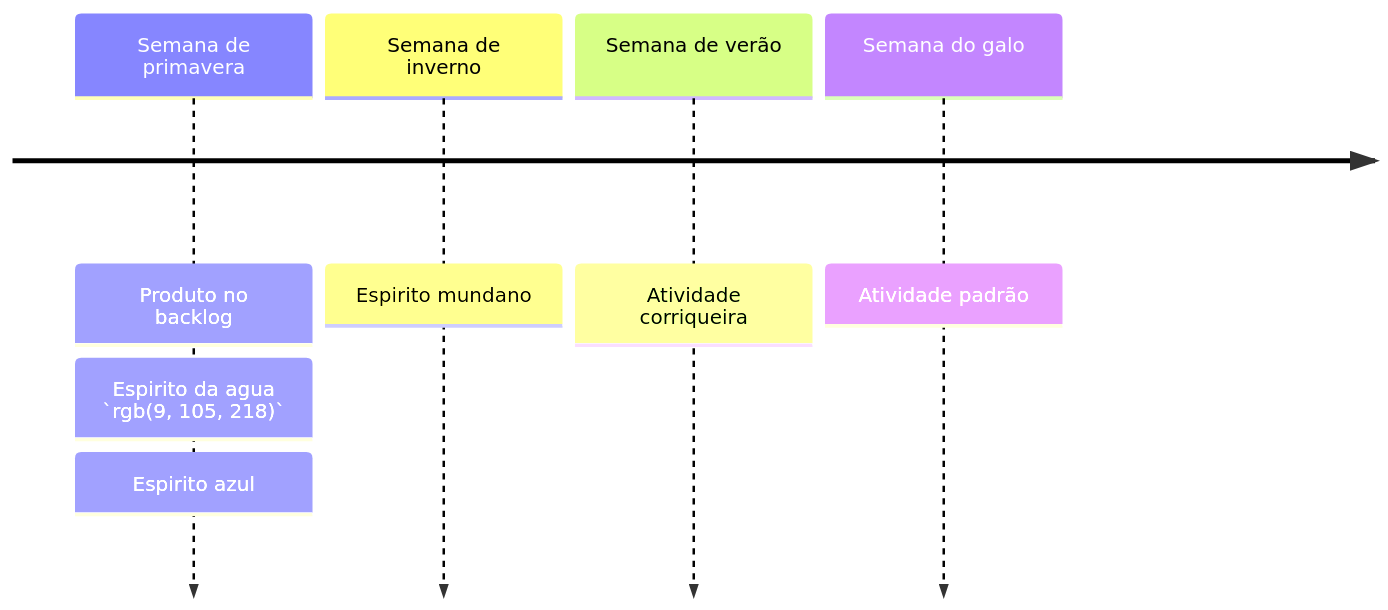
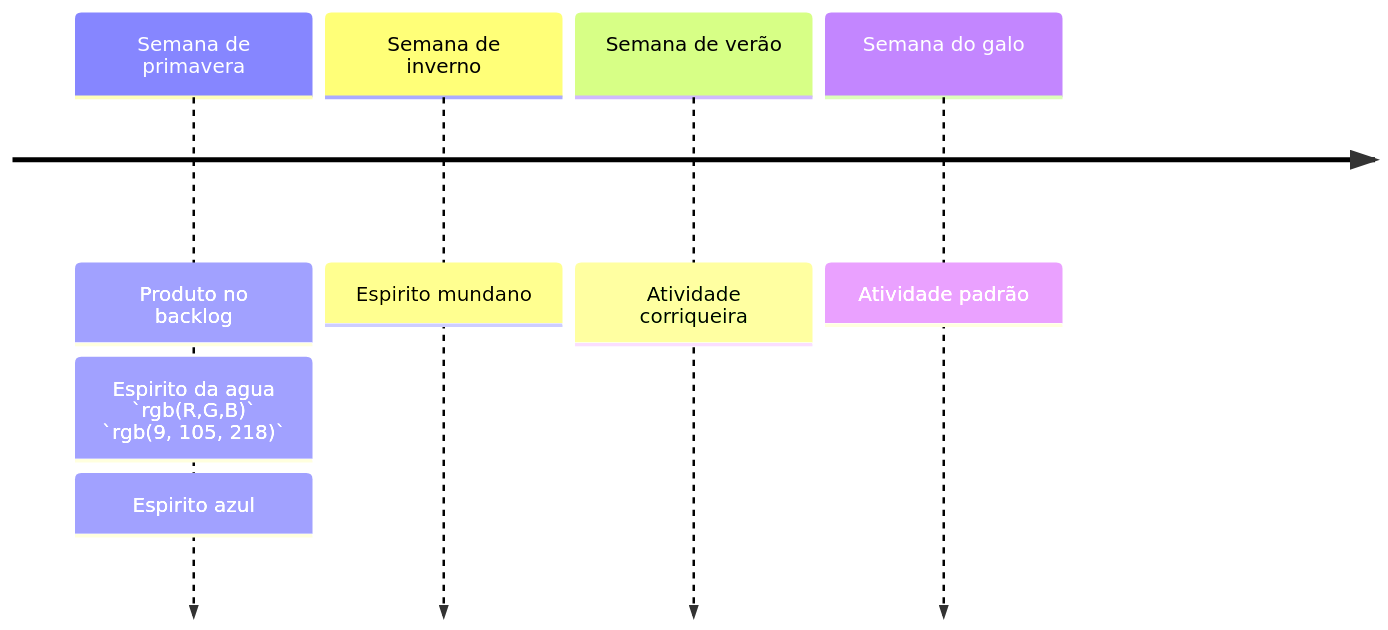
One commit to rhaeldms/repoposs changed the second of 2 diagrams in README.md. Above: the diagram before and after it, drawn with Mermaid.

````diff
--- a/README.md
+++ b/README.md
@@ -20,9 +20,9 @@
 ```mermaid
 timeline
         Semana de primavera : Produto no backlog
-                            : Espirito da agua `rgb(9, 105, 218)`
+                            : Espirito da agua `rgb(R,G,B)` `rgb(9, 105, 218)`
                             : Espirito azul
         Semana de inverno   : Espirito mundano
         Semana de verão     : Atividade corriqueira
         Semana do galo      : Atividade padrão
 ```
````
